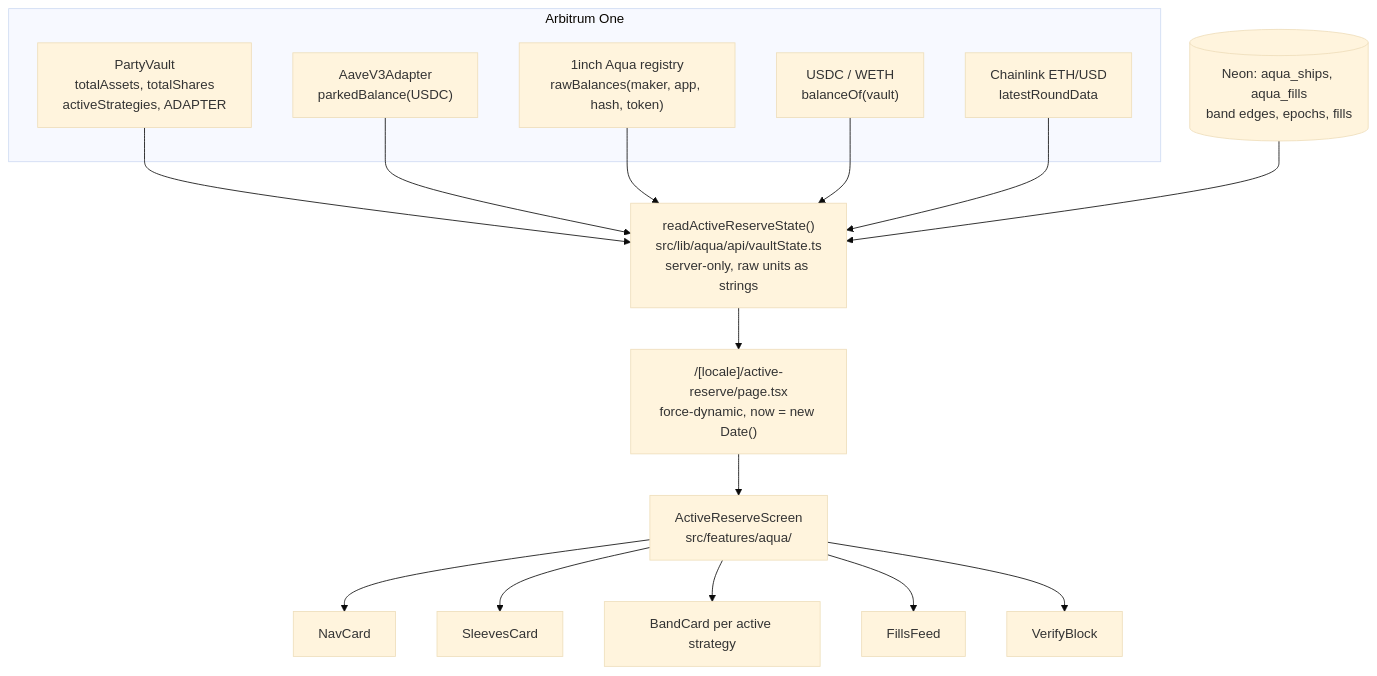
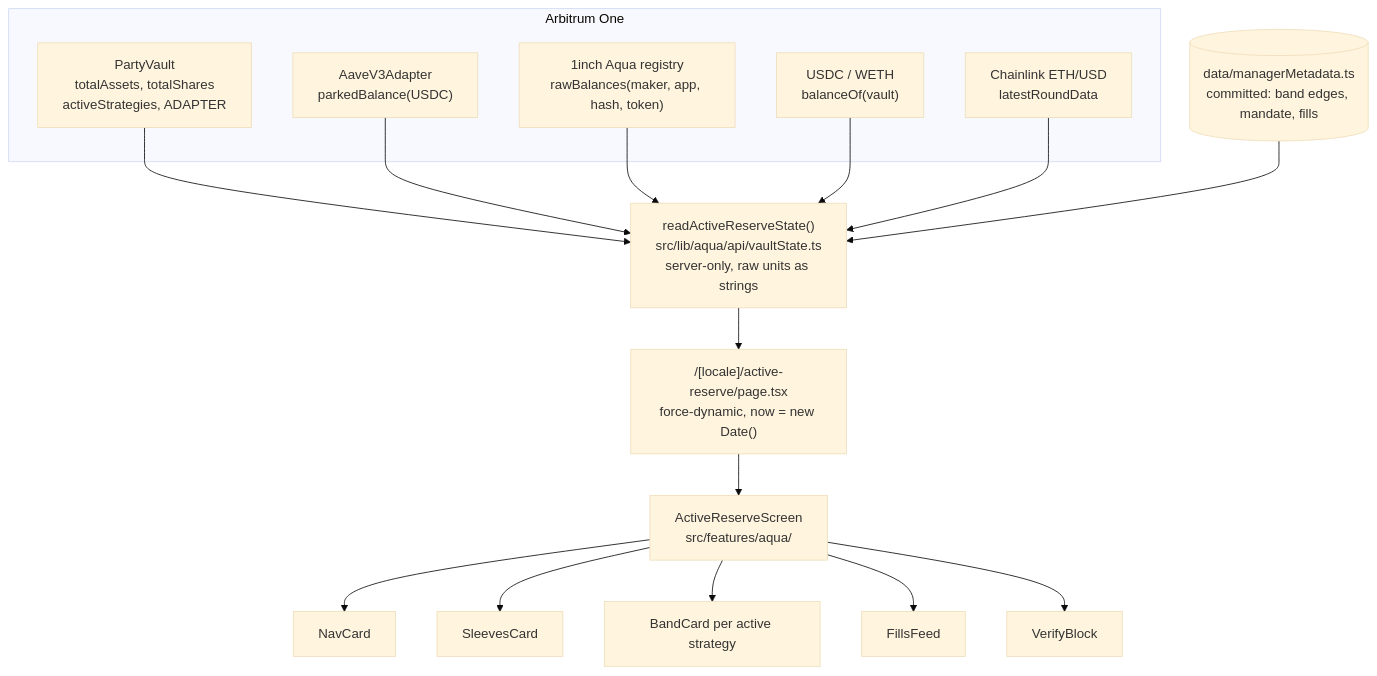
One commit to PoolPartyLabs/pool-party-v2-frontend changed the diagram in docs/_hackathon_aqua/02_INVESTOR_SURFACE.md. Above: the diagram before and after it, drawn with Mermaid (base theme). The commit also changed other lines of this file and 10 other files, not shown here.

````diff
--- a/docs/_hackathon_aqua/02_INVESTOR_SURFACE.md
+++ b/docs/_hackathon_aqua/02_INVESTOR_SURFACE.md
@@ -118,30 +127,30 @@
 ```mermaid
 flowchart TD
   subgraph Arbitrum["Arbitrum One"]
     V["PartyVault<br/>totalAssets, totalShares<br/>activeStrategies, ADAPTER"]
     A["AaveV3Adapter<br/>parkedBalance(USDC)"]
     R["1inch Aqua registry<br/>rawBalances(maker, app, hash, token)"]
     T["USDC / WETH<br/>balanceOf(vault)"]
     C["Chainlink ETH/USD<br/>latestRoundData"]
   end
 
-  DB[("Neon: aqua_ships, aqua_fills<br/>band edges, epochs, fills")]
+  MD[("data/managerMetadata.ts<br/>committed: band edges, mandate, fills")]
 
   V --> S
   A --> S
   R --> S
   T --> S
   C --> S
-  DB --> S
+  MD --> S
 
   S["readActiveReserveState()<br/>src/lib/aqua/api/vaultState.ts<br/>server-only, raw units as strings"]
   P["/[locale]/active-reserve/page.tsx<br/>force-dynamic, now = new Date()"]
   SC["ActiveReserveScreen<br/>src/features/aqua/"]
 
   S --> P --> SC
   SC --> N["NavCard"]
   SC --> SL["SleevesCard"]
   SC --> B["BandCard per active strategy"]
   SC --> F["FillsFeed"]
   SC --> VB["VerifyBlock"]
 ```
````
